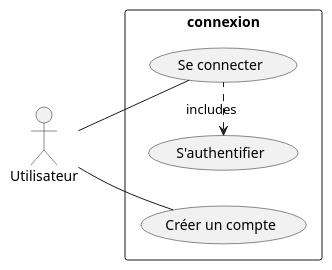
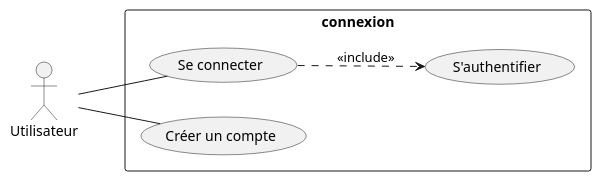
Before and after one commit to ulb-info2-group5/Royal-Blocks: the diagram in SRD-DOC/uml/usescase/connexion/connexion.puml, drawn with PlantUML. The commit also changed 1 other file, not shown here.

Commit message:
fixing connexion usecase diagram layout

```diff
--- a/SRD-DOC/uml/usescase/connexion/connexion.puml
+++ b/SRD-DOC/uml/usescase/connexion/connexion.puml
@@ -1,17 +1,17 @@
 @startuml
 
 left to right direction
 actor "Utilisateur" as user
 
 rectangle connexion as connection { 
      usecase "Se connecter" as signin
      usecase "Créer un compte" as create_account
      usecase "S'authentifier" as authentify
 
-      (authentify) <. (signin): includes
+      (signin) .-> (authentify): <<include>>
 }
 
 user -- signin
 user -- create_account
 
 @enduml
```
